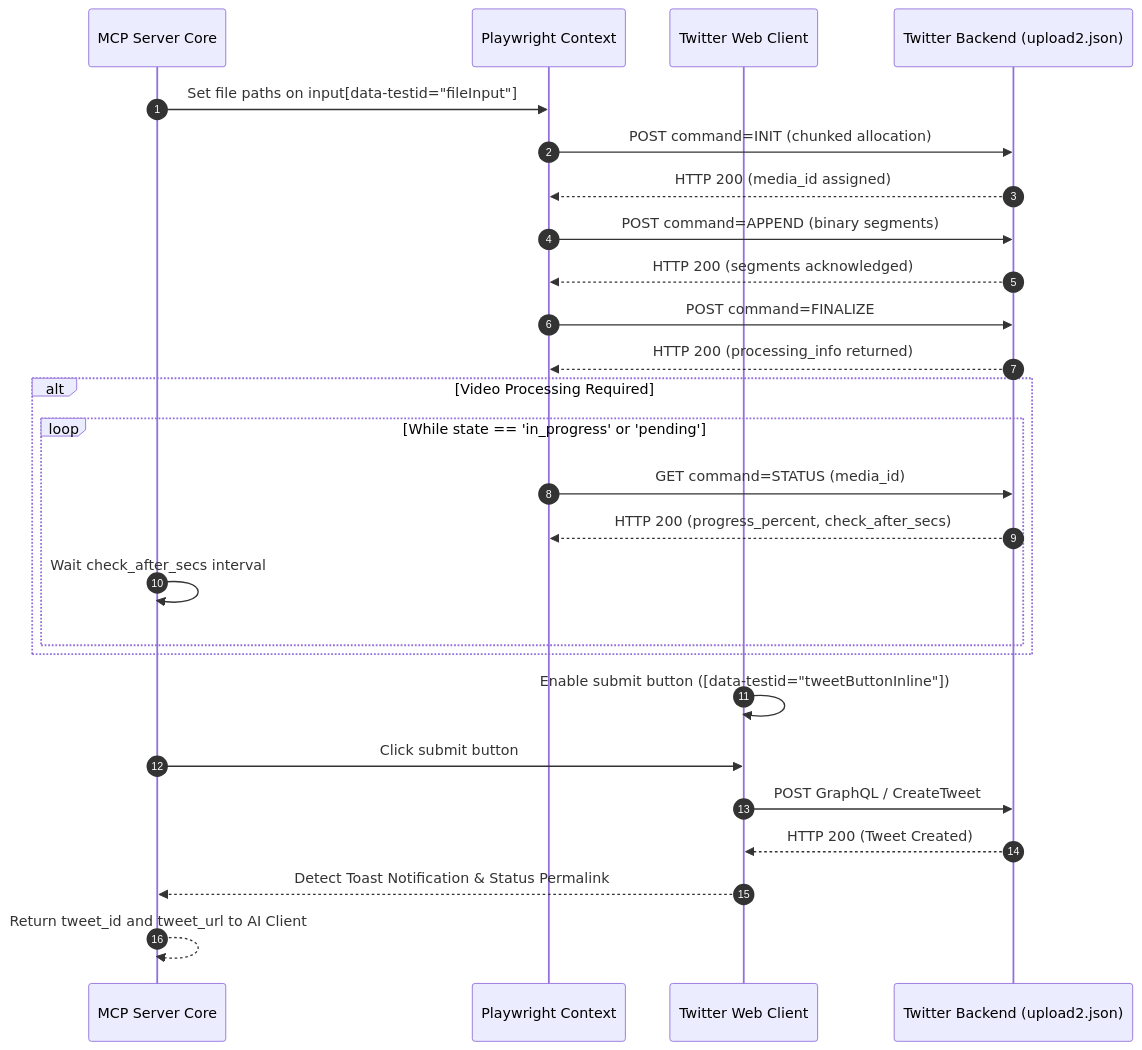
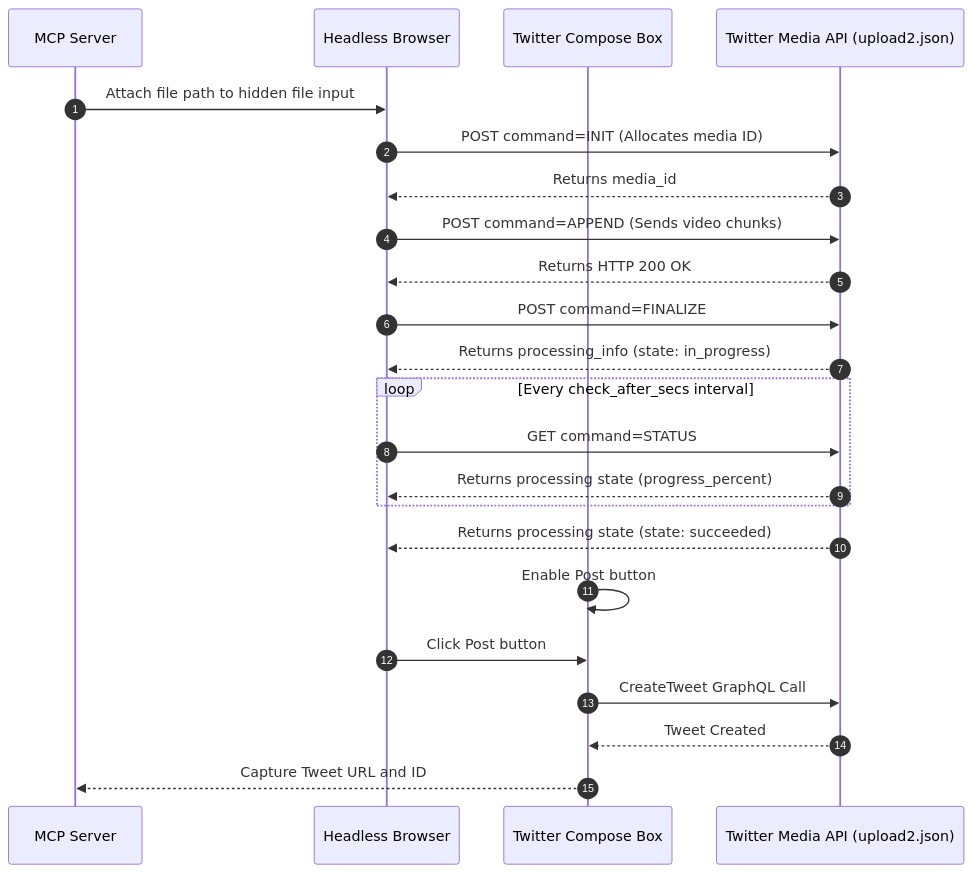
Before and after one commit to sparsh101sparsh/twitter-browser-mcp: the second of 3 diagrams in README.md, drawn with Mermaid. The commit also changed other lines of this file, not shown here.

Commit message:
docs: rewrite README with simplified human-friendly language, setup guides for Claude, Codex, Cursor, and Antigravity, and clean diagrams without emojis

````diff
--- a/README.md
+++ b/README.md
@@ -84,31 +406,28 @@
 ```mermaid
 sequenceDiagram
     autonumber
-    participant Server as MCP Server Core
-    participant Browser as Playwright Context
-    participant DOM as Twitter Web Client
-    participant API as Twitter Backend (upload2.json)
+    participant Server as MCP Server
+    participant Playwright as Headless Browser
+    participant DOM as Twitter Compose Box
+    participant API as Twitter Media API (upload2.json)
 
-    Server->>Browser: Set file paths on input[data-testid="fileInput"]
-    Browser->>API: POST command=INIT (chunked allocation)
-    API-->>Browser: HTTP 200 (media_id assigned)
-    Browser->>API: POST command=APPEND (binary segments)
-    API-->>Browser: HTTP 200 (segments acknowledged)
-    Browser->>API: POST command=FINALIZE
-    API-->>Browser: HTTP 200 (processing_info returned)
+    Server->>Playwright: Attach file path to hidden file input
+    Playwright->>API: POST command=INIT (Allocates media ID)
+    API-->>Playwright: Returns media_id
+    Playwright->>API: POST command=APPEND (Sends video chunks)
+    API-->>Playwright: Returns HTTP 200 OK
+    Playwright->>API: POST command=FINALIZE
+    API-->>Playwright: Returns processing_info (state: in_progress)
 
-    alt Video Processing Required
-        loop While state == 'in_progress' or 'pending'
-            Browser->>API: GET command=STATUS (media_id)
-            API-->>Browser: HTTP 200 (progress_percent, check_after_secs)
-            Server->>Server: Wait check_after_secs interval
-        end
+    loop Every check_after_secs interval
+        Playwright->>API: GET command=STATUS
+        API-->>Playwright: Returns processing state (progress_percent)
     end
 
-    DOM->>DOM: Enable submit button ([data-testid="tweetButtonInline"])
-    Server->>DOM: Click submit button
-    DOM->>API: POST GraphQL / CreateTweet
-    API-->>DOM: HTTP 200 (Tweet Created)
-    DOM-->>Server: Detect Toast Notification & Status Permalink
-    Server-->>Server: Return tweet_id and tweet_url to AI Client
+    API-->>Playwright: Returns processing state (state: succeeded)
+    DOM->>DOM: Enable Post button
+    Playwright->>DOM: Click Post button
+    DOM->>API: CreateTweet GraphQL Call
+    API-->>DOM: Tweet Created
+    DOM-->>Server: Capture Tweet URL and ID
 ```
````
